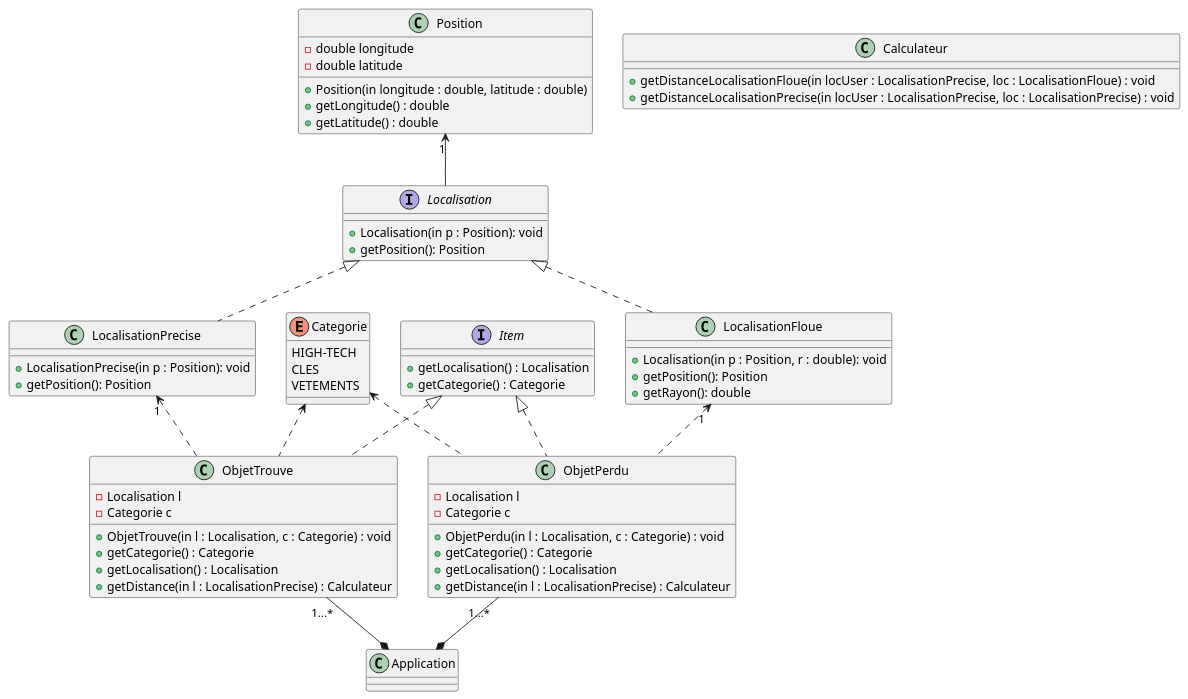
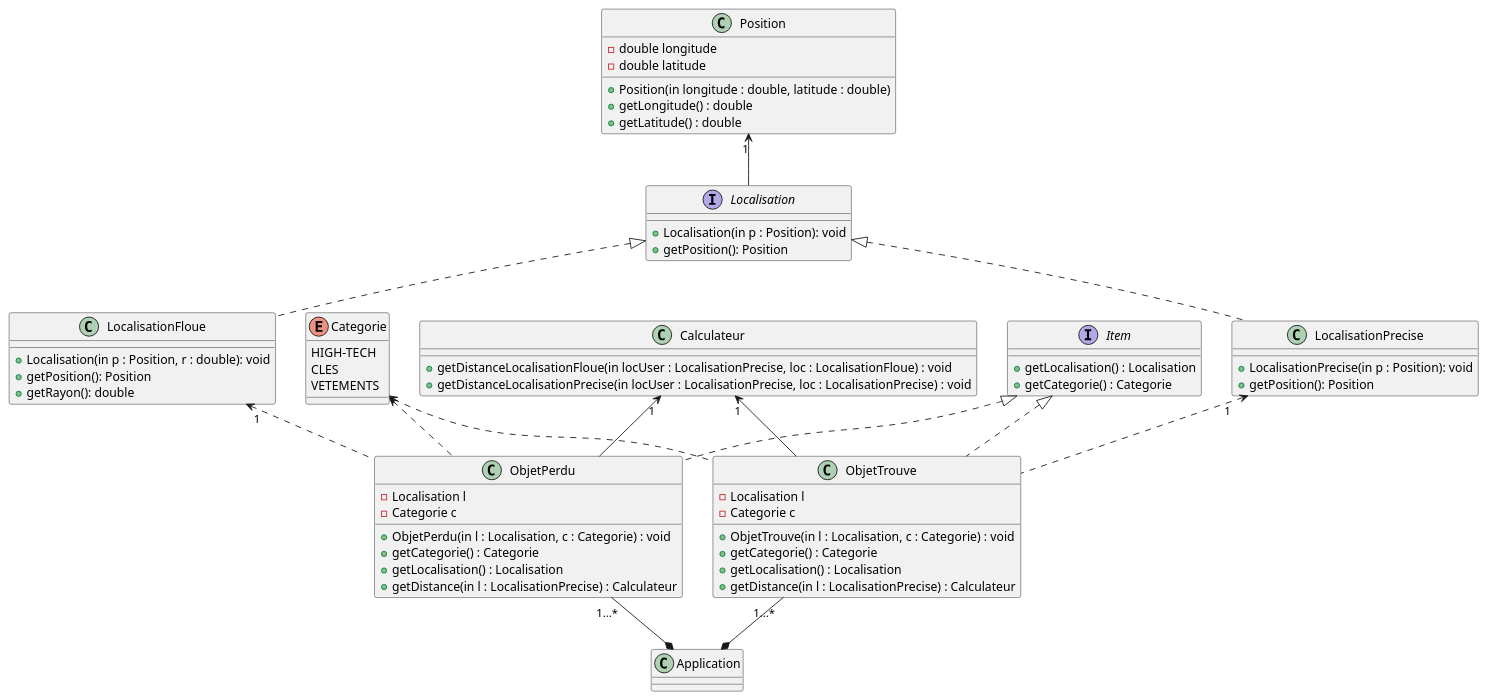
Before and after one commit to raphaelmeissonnier/Foundem_back_end: the diagram in cahier_des_specifications/model.puml, drawn with PlantUML. The commit also changed 2 other files, not shown here.

```diff
--- a/cahier_des_specifications/model.puml
+++ b/cahier_des_specifications/model.puml
@@ -1,84 +1,86 @@
 @startuml
 'https://plantuml.com/class-diagram
 
 class Application
 enum Categorie
 {
     HIGH-TECH
     CLES
     VETEMENTS
 }
 class Calculateur
 {
     +getDistanceLocalisationFloue(in locUser : LocalisationPrecise, loc : LocalisationFloue) : void
     +getDistanceLocalisationPrecise(in locUser : LocalisationPrecise, loc : LocalisationPrecise) : void
 }
 interface Item
 {
     +getLocalisation() : Localisation
     +getCategorie() : Categorie
 }
 class ObjetTrouve
 {
     -Localisation l
     -Categorie c
     +ObjetTrouve(in l : Localisation, c : Categorie) : void
     +getCategorie() : Categorie
     +getLocalisation() : Localisation
     +getDistance(in l : LocalisationPrecise) : Calculateur
 }
 class ObjetPerdu
 {
     -Localisation l
     -Categorie c
     +ObjetPerdu(in l : Localisation, c : Categorie) : void
     +getCategorie() : Categorie
     +getLocalisation() : Localisation
     +getDistance(in l : LocalisationPrecise) : Calculateur
 }
 class Position
 {
     - double longitude
     - double latitude
     + Position(in longitude : double, latitude : double)
     + getLongitude() : double
     + getLatitude() : double
 }
 interface Localisation
 {
     +Localisation(in p : Position): void
     +getPosition(): Position
 }
 class LocalisationPrecise
 {
     +LocalisationPrecise(in p : Position): void
     +getPosition(): Position
 }
 class LocalisationFloue
 {
     +Localisation(in p : Position, r : double): void
     +getPosition(): Position
     +getRayon(): double
 }
 
 
 ObjetTrouve "1...*" --* Application
 ObjetPerdu "1...*" --* Application
 
 Categorie <.. ObjetTrouve
 Categorie <.. ObjetPerdu
 
 Item <|.. ObjetPerdu
 Item <|.. ObjetTrouve
 
 
 Localisation <|.. LocalisationPrecise
 Localisation <|.. LocalisationFloue
 
 LocalisationPrecise "1" <.. ObjetTrouve
 LocalisationFloue "1" <.. ObjetPerdu
 
 Position "1" <-- Localisation
 
+Calculateur "1" <-- ObjetTrouve
+Calculateur "1" <-- ObjetPerdu
 
 @enduml
```
